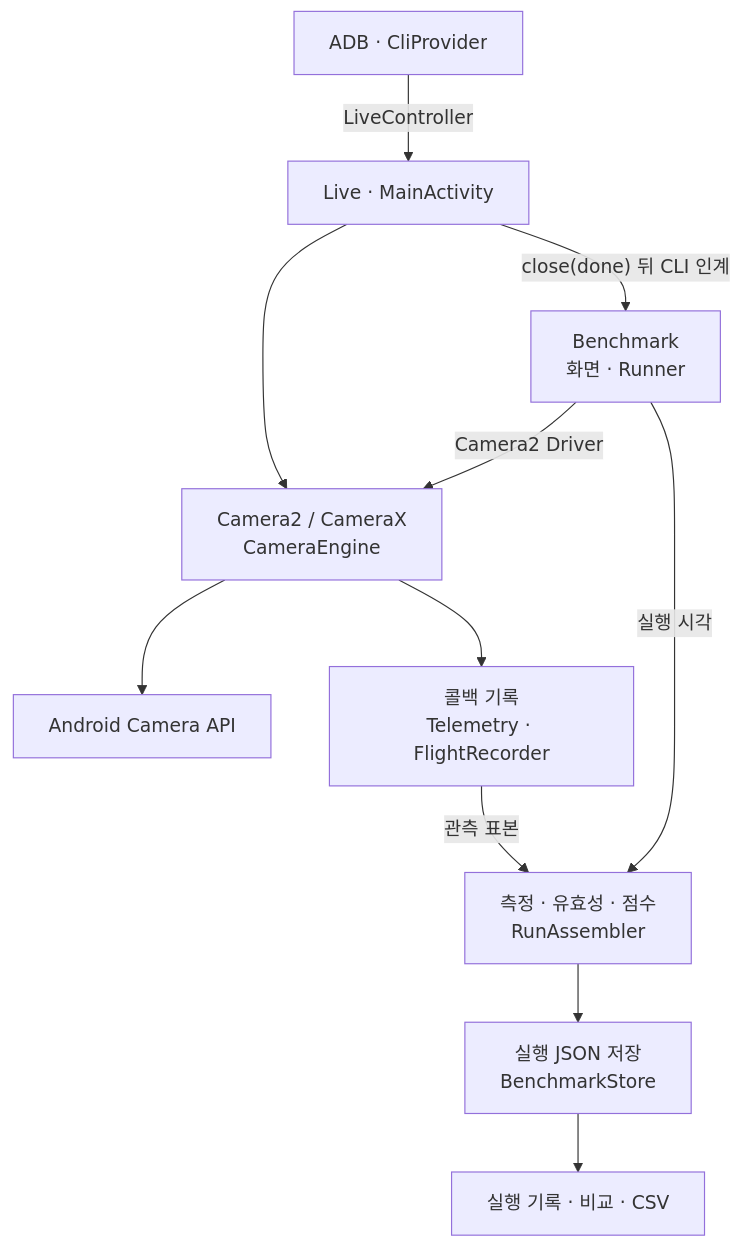
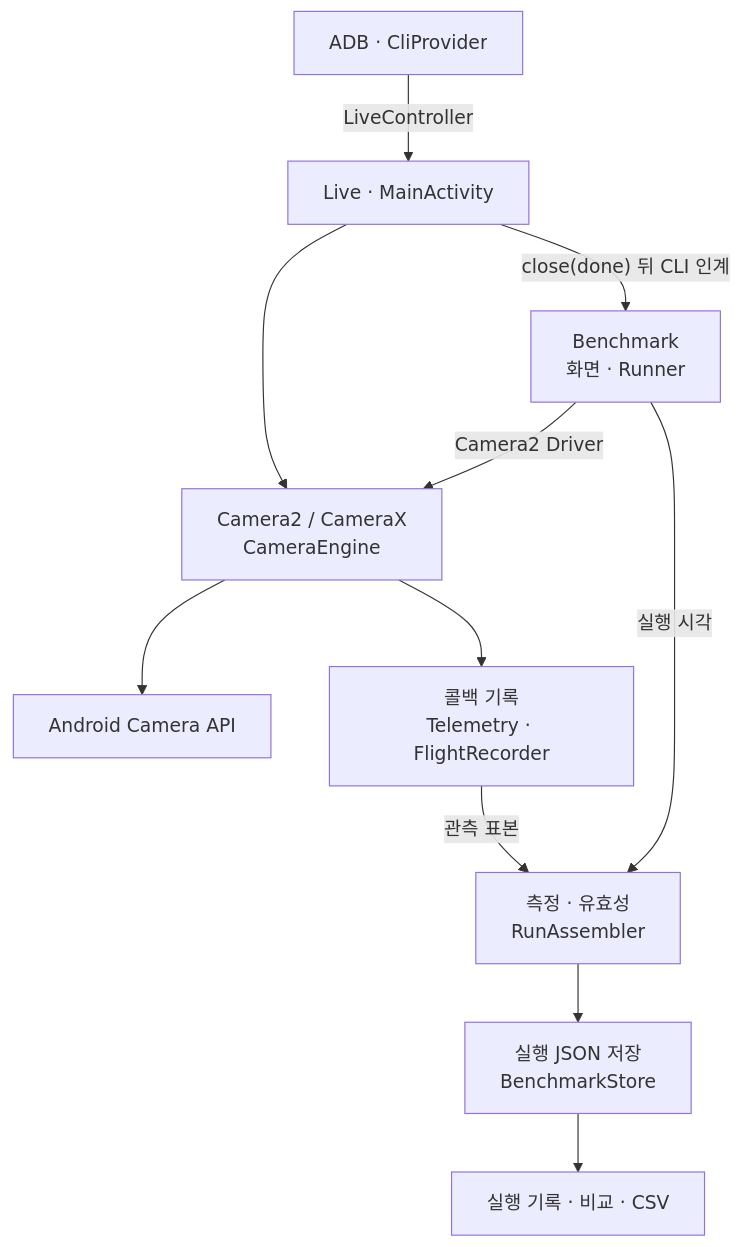
Before and after one commit to TTolsun/hal-camera: the diagram in .omm/overall-architecture/diagram.mmd, drawn with Mermaid. The commit also changed 41 other files, not shown here.

```diff
--- a/.omm/overall-architecture/diagram.mmd
+++ b/.omm/overall-architecture/diagram.mmd
@@ -1,11 +1,11 @@
 graph TB
     live["Live · MainActivity"] --> engines["Camera2 / CameraX<br/>CameraEngine"]
     cli["ADB · CliProvider"] -->|"LiveController"| live
     bench["Benchmark<br/>화면 · Runner"] -->|"Camera2 Driver"| engines
     live -->|"close(done) 뒤 CLI 인계"| bench
     engines --> api["Android Camera API"]
     engines --> events["콜백 기록<br/>Telemetry · FlightRecorder"]
-    bench -->|"실행 시각"| evaluate["측정 · 유효성 · 점수<br/>RunAssembler"]
+    bench -->|"실행 시각"| evaluate["측정 · 유효성<br/>RunAssembler"]
     events -->|"관측 표본"| evaluate
     evaluate --> files["실행 JSON 저장<br/>BenchmarkStore"]
     files --> results["실행 기록 · 비교 · CSV"]
```
